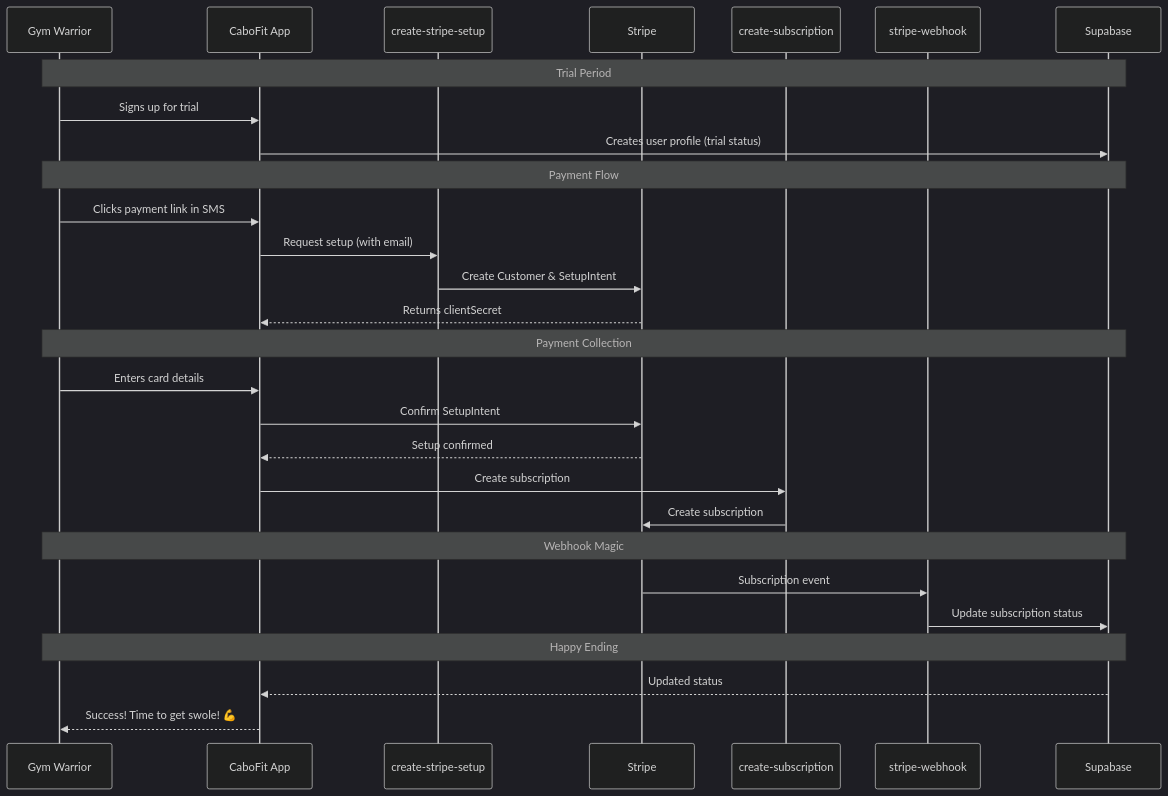
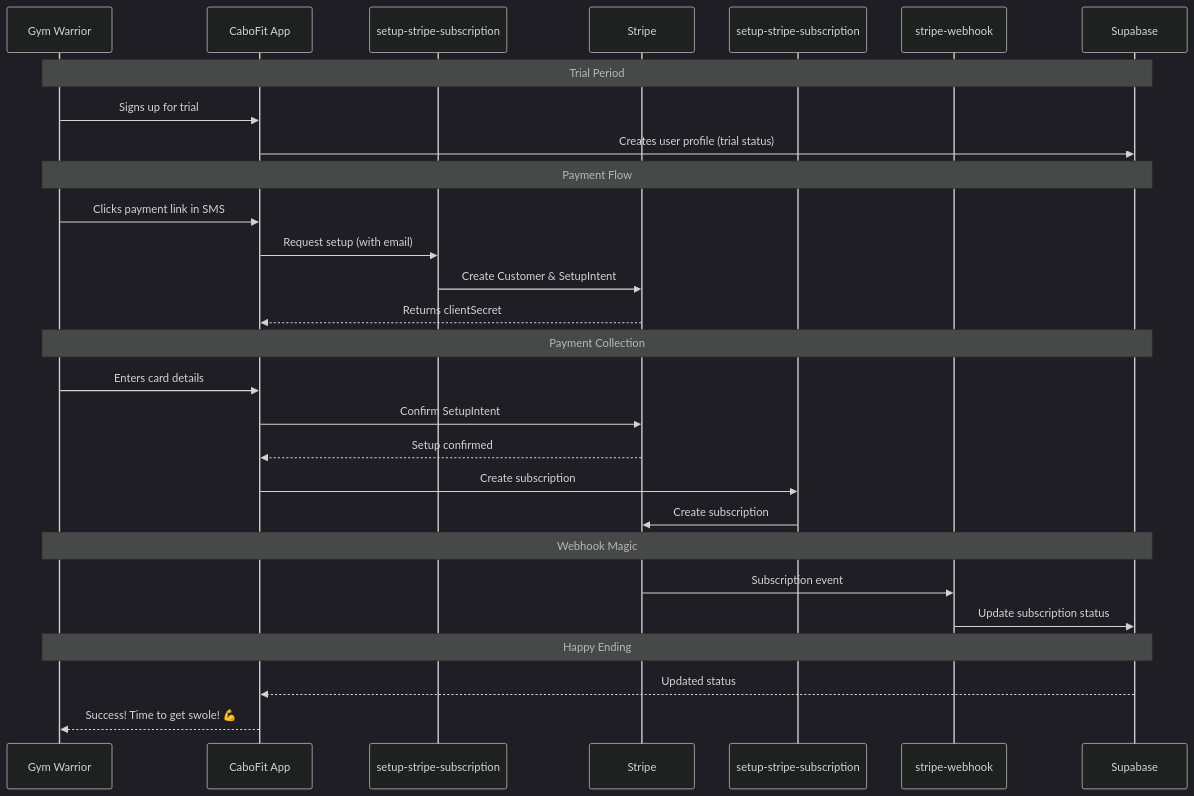
One commit to Harrolee/cabo changed the diagram in docs/payment-flow.md. Above: the diagram before and after it, drawn with Mermaid (dark theme). The commit also changed 8 other files, not shown here.

````diff
--- a/docs/payment-flow.md
+++ b/docs/payment-flow.md
@@ -23,35 +23,35 @@
 ```mermaid
 sequenceDiagram
     participant User as Gym Warrior
     participant App as CaboFit App
-    participant Setup as create-stripe-setup
+    participant Setup as setup-stripe-subscription
     participant Stripe
-    participant Sub as create-subscription
+    participant Sub as setup-stripe-subscription
     participant Webhook as stripe-webhook
     participant DB as Supabase
 
     Note over User,DB: Trial Period
     User->>App: Signs up for trial
     App->>DB: Creates user profile (trial status)
     
     Note over User,DB: Payment Flow
     User->>App: Clicks payment link in SMS
     App->>Setup: Request setup (with email)
     Setup->>Stripe: Create Customer & SetupIntent
     Stripe-->>App: Returns clientSecret
     
     Note over User,DB: Payment Collection
     User->>App: Enters card details
     App->>Stripe: Confirm SetupIntent
     Stripe-->>App: Setup confirmed
     App->>Sub: Create subscription
     Sub->>Stripe: Create subscription
     
     Note over User,DB: Webhook Magic
     Stripe->>Webhook: Subscription event
     Webhook->>DB: Update subscription status
     
     Note over User,DB: Happy Ending
     DB-->>App: Updated status
     App-->>User: Success! Time to get swole! 💪
 ```
````
